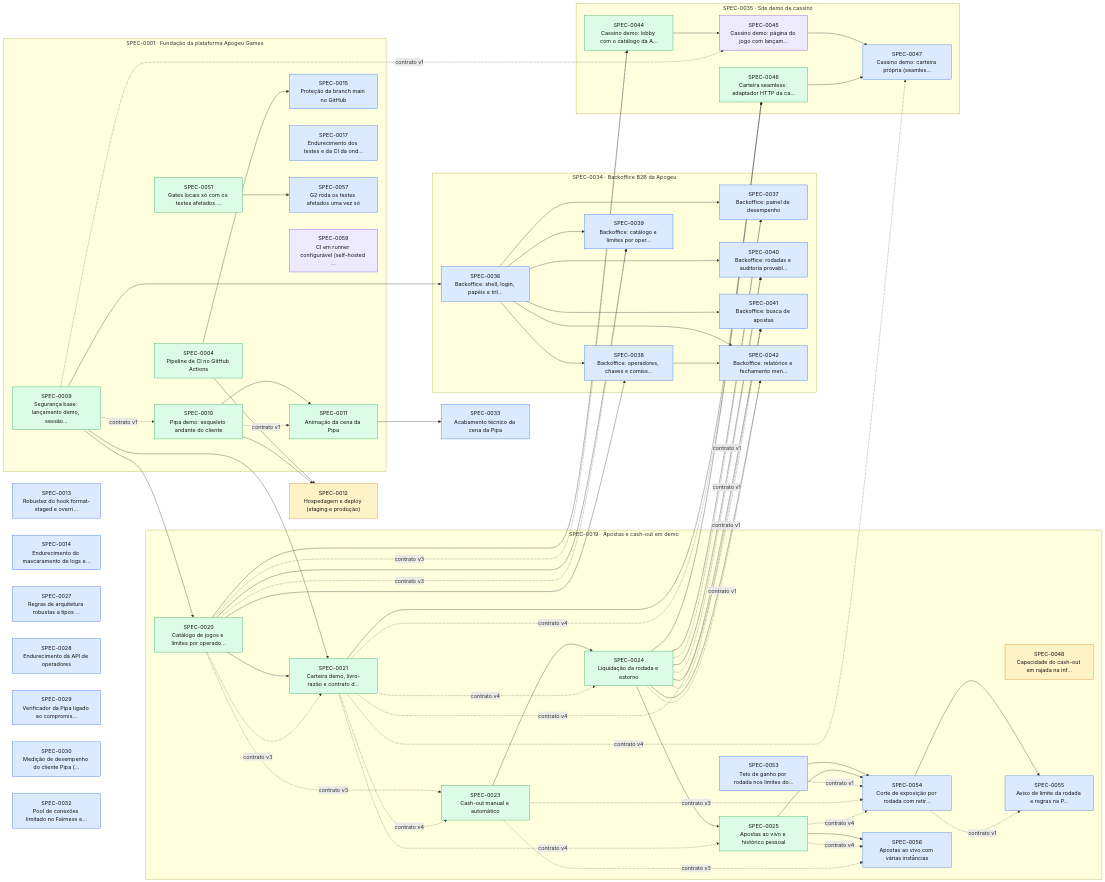
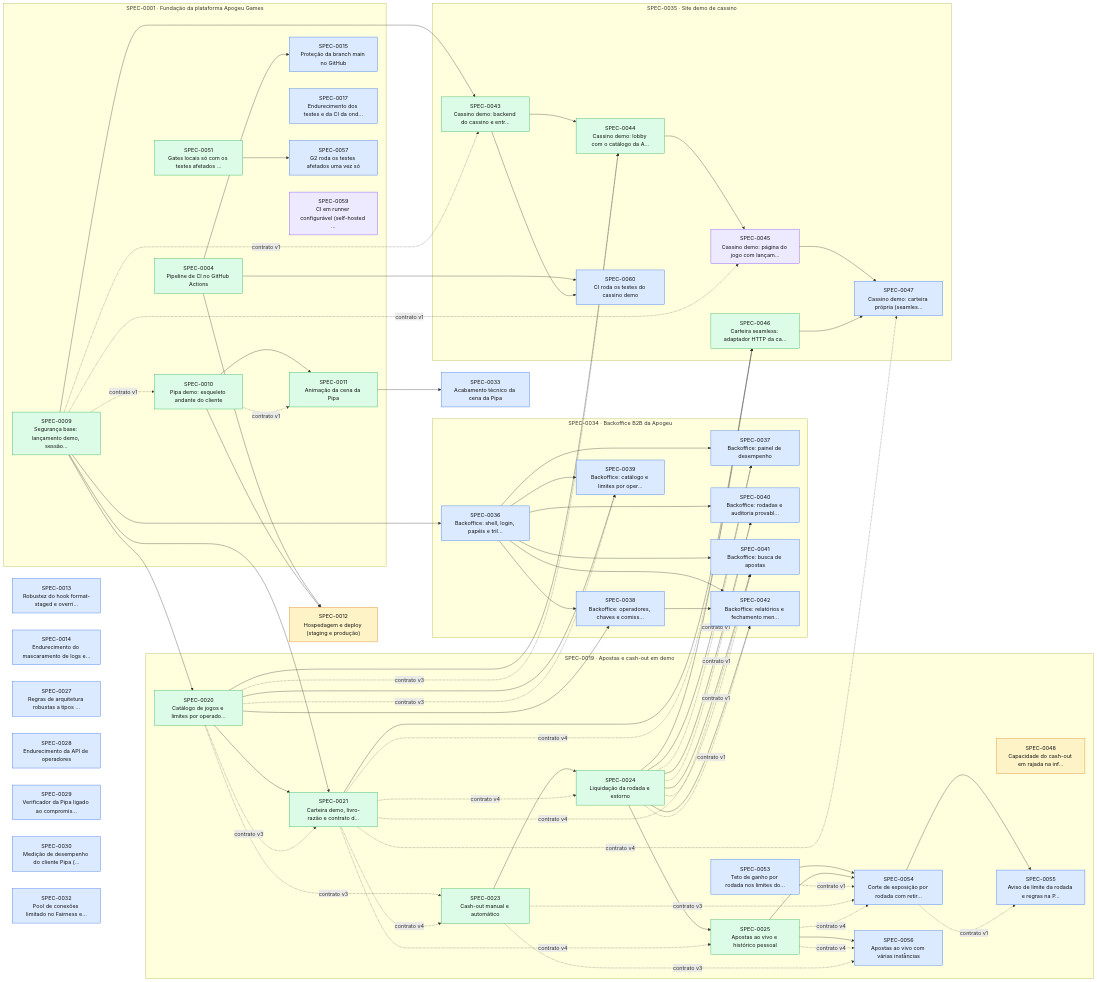
Before and after one commit to thomasravache/crash-games-provider: the diagram in docs/specs/INDEX.md, drawn with Mermaid. The commit also changed other lines of this file and 1 other file, not shown here.

First line of the commit message:
docs(sdd): SPEC-0060 (CI roda os testes do cassino demo)

```diff
--- a/docs/specs/INDEX.md
+++ b/docs/specs/INDEX.md
@@ -136,10 +137,12 @@
     S0042["SPEC-0042<br/>Backoffice: relatórios e fechamento men…"]:::approved
   end
   subgraph E0035["SPEC-0035 · Site demo de cassino"]
+    S0043["SPEC-0043<br/>Cassino demo: backend do cassino e entr…"]:::implemented
     S0044["SPEC-0044<br/>Cassino demo: lobby com o catálogo da A…"]:::implemented
     S0045["SPEC-0045<br/>Cassino demo: página do jogo com lançam…"]:::inprogress
     S0046["SPEC-0046<br/>Carteira seamless: adaptador HTTP da ca…"]:::implemented
     S0047["SPEC-0047<br/>Cassino demo: carteira própria (seamles…"]:::approved
+    S0060["SPEC-0060<br/>CI roda os testes do cassino demo"]:::approved
   end
   S0009 -. contrato v1 .-> S0010
   S0010 --> S0011
@@ -178,6 +181,9 @@
   S0038 --> S0042
   S0024 --> S0042
   S0024 -. contrato v1 .-> S0042
+  S0009 --> S0043
+  S0009 -. contrato v1 .-> S0043
+  S0043 --> S0044
   S0020 --> S0044
   S0020 -. contrato v3 .-> S0044
   S0044 --> S0045
@@ -199,6 +205,8 @@
   S0025 -. contrato v4 .-> S0056
   S0023 -. contrato v3 .-> S0056
   S0051 --> S0057
+  S0004 --> S0060
+  S0043 --> S0060
   classDef proposed fill:#fef3c7,stroke:#d97706,color:#111
   classDef approved fill:#dbeafe,stroke:#2563eb,color:#111
   classDef inprogress fill:#ede9fe,stroke:#7c3aed,color:#111
```
